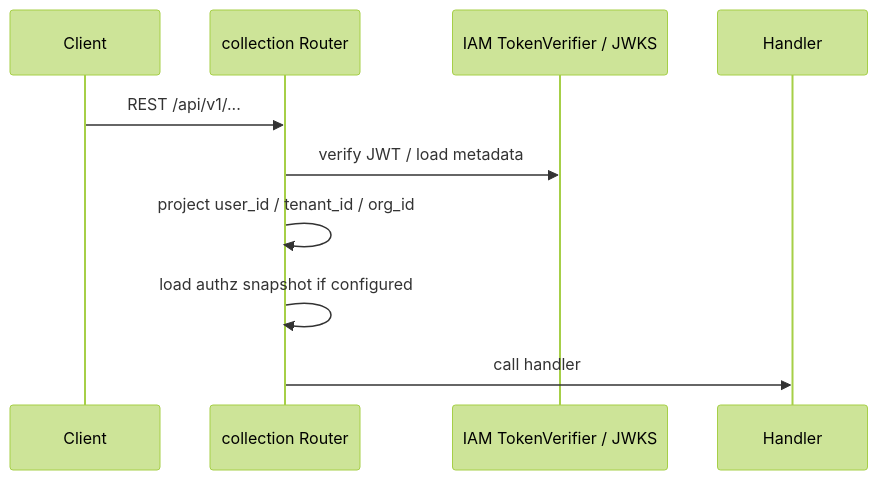
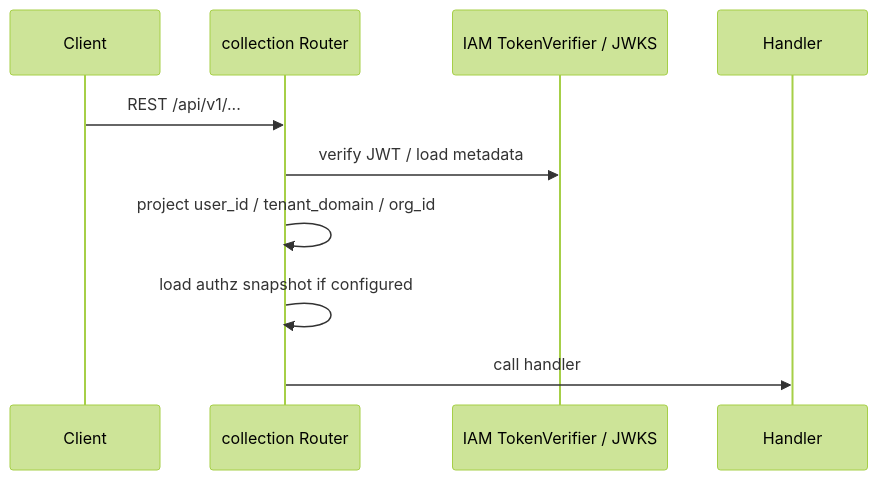
One commit to FangcunMount/qs-server changed the second of 4 diagrams in docs/01-运行时/05-IAM认证与身份链路.md. Above: the diagram before and after it, drawn with Mermaid (forest theme). The commit also changed other lines of this file and 30 other files, not shown here.

Commit message:
doc  security 文档语义迁移，将 组合、组织模型统一为 TenantDomain + OrgID / OrgScope 模型，清理运行时、接口运维、专题分析、宣讲文档里的旧 TenantScope、旧 middleware、numeric org 等残留说法。

````diff
--- a/docs/01-运行时/05-IAM认证与身份链路.md
+++ b/docs/01-运行时/05-IAM认证与身份链路.md
@@ -85,13 +85,13 @@
 ```mermaid
 sequenceDiagram
     participant C as Client
     participant R as collection Router
     participant IAM as IAM TokenVerifier / JWKS
     participant H as Handler
 
     C->>R: REST /api/v1/...
     R->>IAM: verify JWT / load metadata
-    R->>R: project user_id / tenant_id / org_id
+    R->>R: project user_id / tenant_domain / org_id
     R->>R: load authz snapshot if configured
     R->>H: call handler
 ```
````
